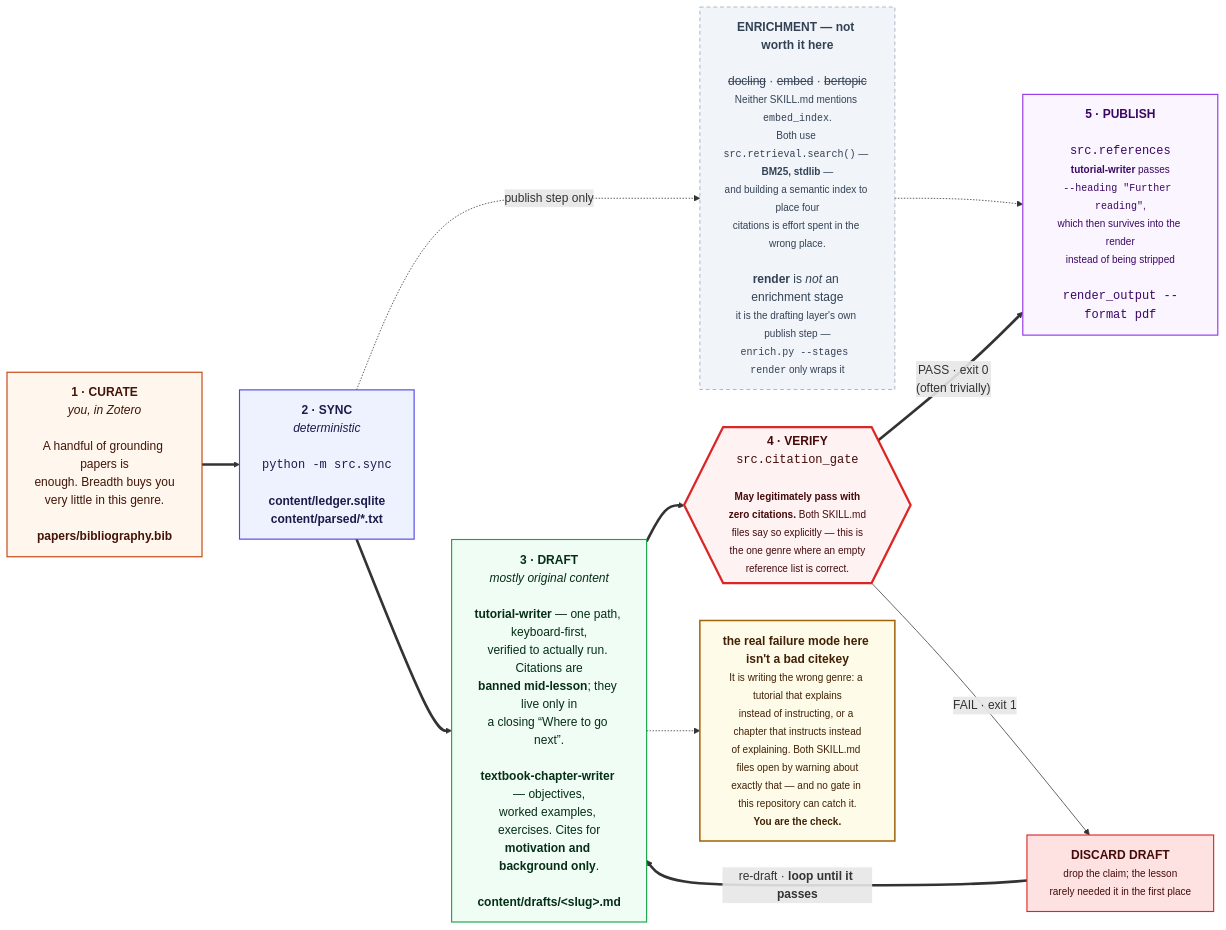
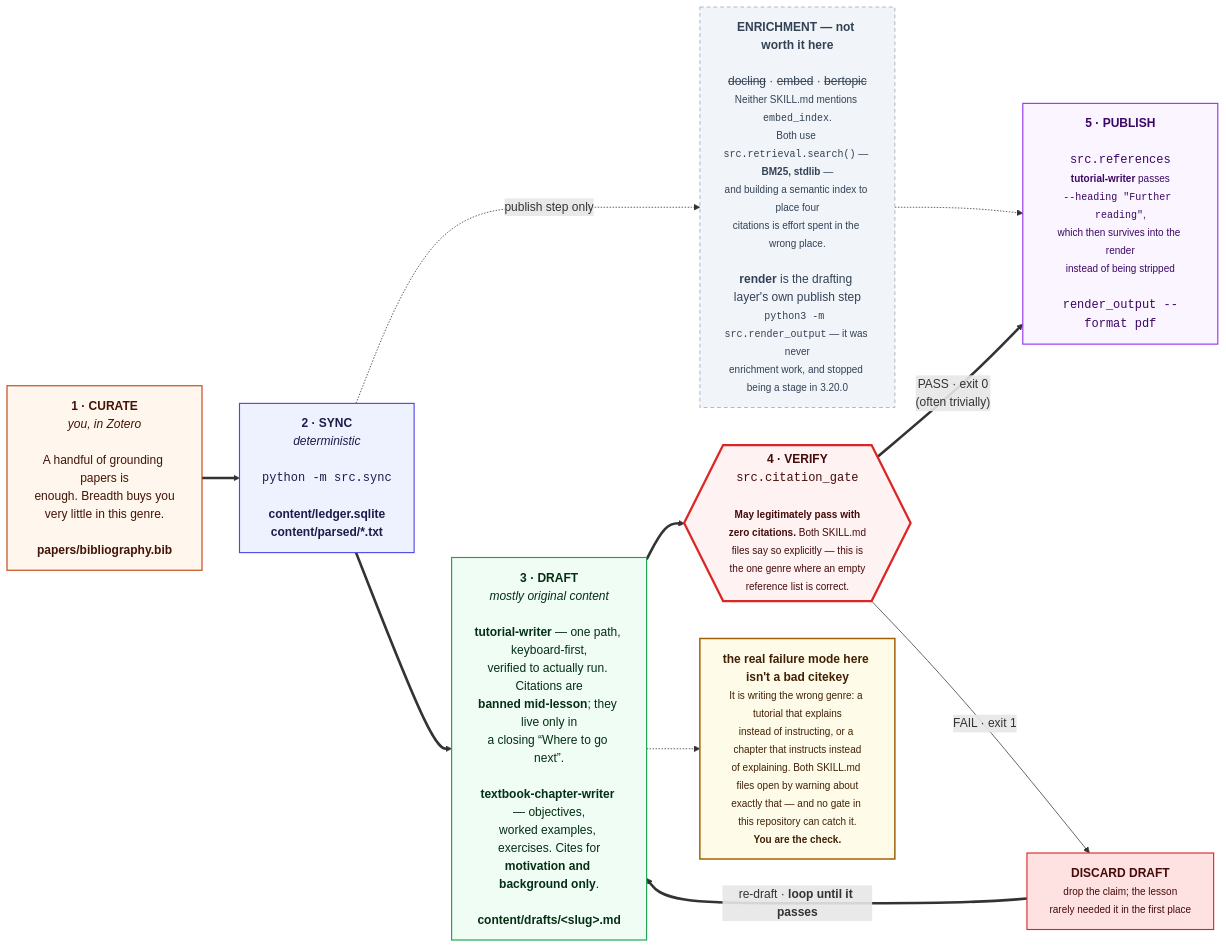
The eighth of 11 diagrams in docs/DIAGRAMS.md (prasadtalasila/chitragupta), drawn with Mermaid before and after one commit. The commit also changed other lines of this file and 32 other files, not shown here.

````diff
--- a/docs/DIAGRAMS.md
+++ b/docs/DIAGRAMS.md
@@ -706,45 +706,45 @@
 ```mermaid
 flowchart LR
 
   P0["<b>1 · CURATE</b><br/><i>you, in Zotero</i><br/><br/>A handful of grounding papers is<br/>enough. Breadth buys you<br/>very little in this genre.<br/><br/><b>papers/bibliography.bib</b>"]
 
   P1["<b>2 · SYNC</b><br/><i>deterministic</i><br/><br/><code>python -m src.sync</code><br/><br/><b>content/ledger.sqlite</b><br/><b>content/parsed/*.txt</b>"]
 
-  HEAVY["<b>ENRICHMENT — not worth it here</b><br/><br/><s>docling</s> · <s>embed</s> · <s>bertopic</s><br/><small>Neither SKILL.md mentions <code>embed_index</code>.<br/>Both use <code>src.retrieval.search()</code> — <b>BM25, stdlib</b> —<br/>and building a semantic index to place four<br/>citations is effort spent in the wrong place.</small><br/><br/><b>render</b> is <i>not</i> an enrichment stage<br/><small>it is the drafting layer's own publish step —<br/><code>enrich.py --stages render</code> only wraps it</small>"]
+  HEAVY["<b>ENRICHMENT — not worth it here</b><br/><br/><s>docling</s> · <s>embed</s> · <s>bertopic</s><br/><small>Neither SKILL.md mentions <code>embed_index</code>.<br/>Both use <code>src.retrieval.search()</code> — <b>BM25, stdlib</b> —<br/>and building a semantic index to place four<br/>citations is effort spent in the wrong place.</small><br/><br/><b>render</b> is the drafting layer's own publish step<br/><small><code>python3 -m src.render_output</code> — it was never<br/>enrichment work, and stopped being a stage in 3.20.0</small>"]
 
   P2["<b>3 · DRAFT</b><br/><i>mostly original content</i><br/><br/><b>tutorial-writer</b> — one path, keyboard-first,<br/>verified to actually run. Citations are<br/><b>banned mid-lesson</b>; they live only in<br/>a closing “Where to go next”.<br/><br/><b>textbook-chapter-writer</b> — objectives,<br/>worked examples, exercises. Cites for<br/><b>motivation and background only</b>.<br/><br/><b>content/drafts/&lt;slug&gt;.md</b>"]
 
   P3{{"<b>4 · VERIFY</b><br/><code>src.citation_gate</code><br/><br/><small><b>May legitimately pass with<br/>zero citations.</b> Both SKILL.md<br/>files say so explicitly — this is<br/>the one genre where an empty<br/>reference list is correct.</small>"}}
 
   FIX["<b>DISCARD DRAFT</b><br/><small>drop the claim; the lesson<br/>rarely needed it in the first place</small>"]
 
   P4["<b>5 · PUBLISH</b><br/><br/><code>src.references</code><br/><small><b>tutorial-writer</b> passes<br/><code>--heading &quot;Further reading&quot;</code>,<br/>which then survives into the render<br/>instead of being stripped</small><br/><br/><code>render_output --format pdf</code>"]
 
   RISK["<b>the real failure mode here isn't a bad citekey</b><br/><small>It is writing the wrong genre: a tutorial that explains<br/>instead of instructing, or a chapter that instructs instead<br/>of explaining. Both SKILL.md files open by warning about<br/>exactly that — and no gate in this repository can catch it.<br/><b>You are the check.</b></small>"]
 
   P0 ==> P1 ==> P2 ==> P3
   P1 -. "publish step only" .-> HEAVY
   HEAVY -.-> P4
   P3 == "PASS · exit 0<br/>(often trivially)" ==> P4
   P3 -- "FAIL · exit 1" --> FIX
   FIX == "re-draft · <b>loop until it passes</b>" ==> P2
   P2 -.-> RISK
 
   classDef you fill:#fff7ed,stroke:#c2410c,stroke-width:1.5px,color:#431407
   classDef det fill:#eef2ff,stroke:#4f46e5,stroke-width:1.5px,color:#1e1b4b
   classDef gen fill:#f0fdf4,stroke:#16a34a,stroke-width:1.5px,color:#052e16
   classDef gate fill:#fef2f2,stroke:#dc2626,stroke-width:3px,color:#450a0a
   classDef out fill:#faf5ff,stroke:#9333ea,stroke-width:1.5px,color:#3b0764
   classDef bad fill:#fee2e2,stroke:#dc2626,stroke-width:1.5px,color:#450a0a
   classDef off fill:#f1f5f9,stroke:#94a3b8,stroke-dasharray:5 4,color:#334155
   classDef risk fill:#fefce8,stroke:#a16207,stroke-width:2px,color:#422006
 
   class P0 you
   class P1 det
   class P2 gen
   class P3 gate
   class P4 out
   class FIX bad
   class HEAVY off
   class RISK risk
 ```
````
